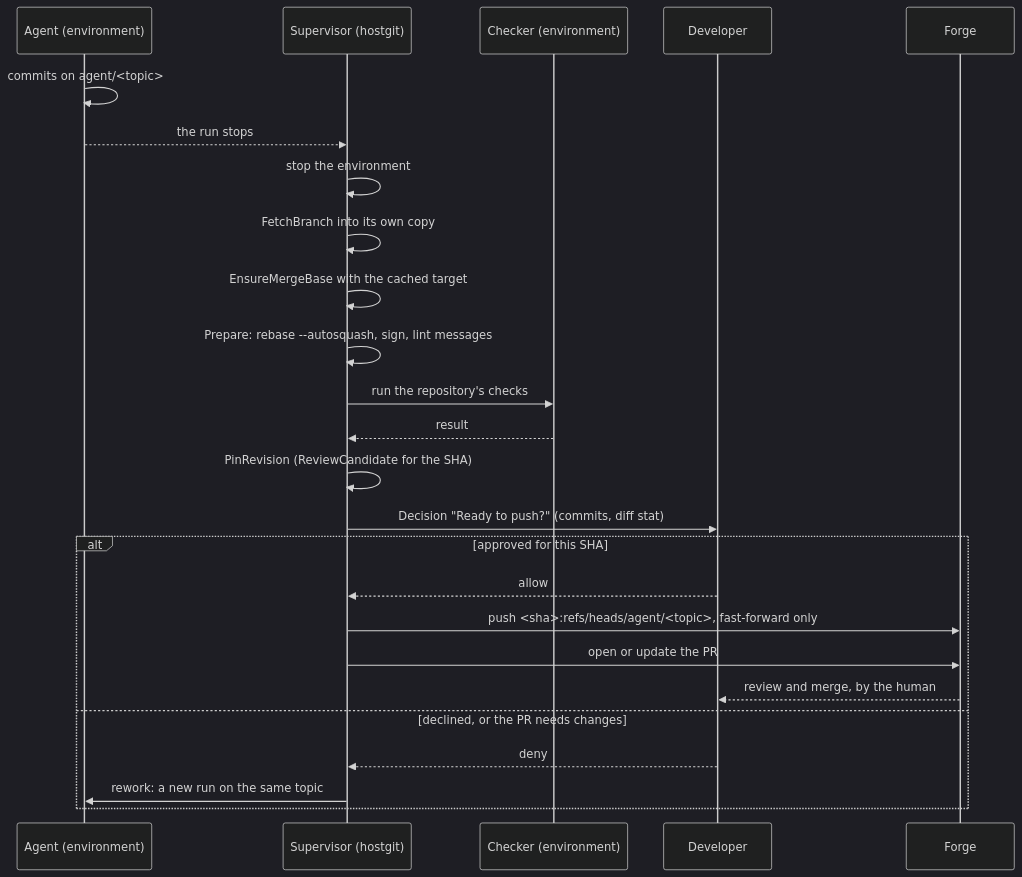
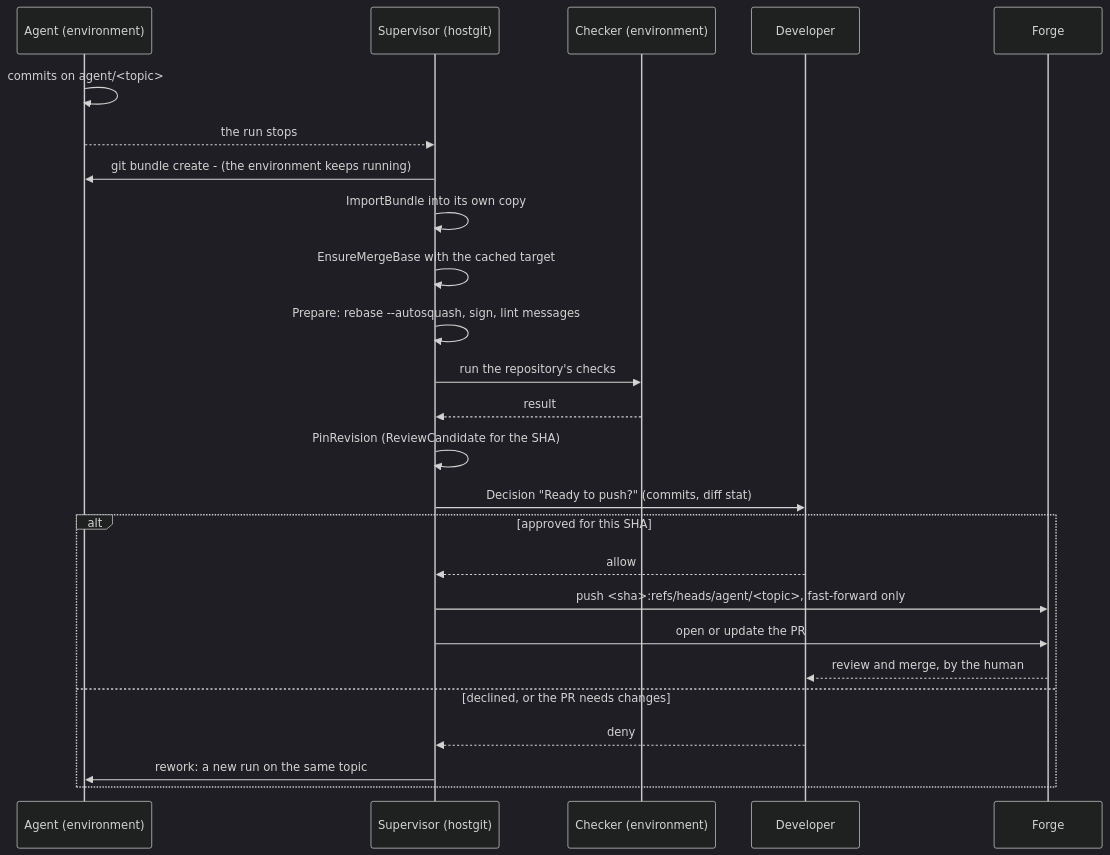
Before and after one commit to wstein/workharbor: the fourth of 4 diagrams in docs/content/docs/design/domain.md, drawn with Mermaid (dark theme). The commit also changed other lines of this file and 2 other files, not shown here.

````diff
--- a/docs/content/docs/design/domain.md
+++ b/docs/content/docs/design/domain.md
@@ -204,27 +204,27 @@
 ```mermaid
 sequenceDiagram
     participant A as Agent (environment)
     participant S as Supervisor (hostgit)
     participant C as Checker (environment)
     participant D as Developer
     participant F as Forge
     A->>A: commits on agent/<topic>
     A-->>S: the run stops
-    S->>S: stop the environment
-    S->>S: FetchBranch into its own copy
+    S->>A: git bundle create - (the environment keeps running)
+    S->>S: ImportBundle into its own copy
     S->>S: EnsureMergeBase with the cached target
     S->>S: Prepare: rebase --autosquash, sign, lint messages
     S->>C: run the repository's checks
     C-->>S: result
     S->>S: PinRevision (ReviewCandidate for the SHA)
     S->>D: Decision "Ready to push?" (commits, diff stat)
     alt approved for this SHA
         D-->>S: allow
         S->>F: push <sha>:refs/heads/agent/<topic>, fast-forward only
         S->>F: open or update the PR
         F-->>D: review and merge, by the human
     else declined, or the PR needs changes
         D-->>S: deny
         S->>A: rework: a new run on the same topic
     end
 ```
````
